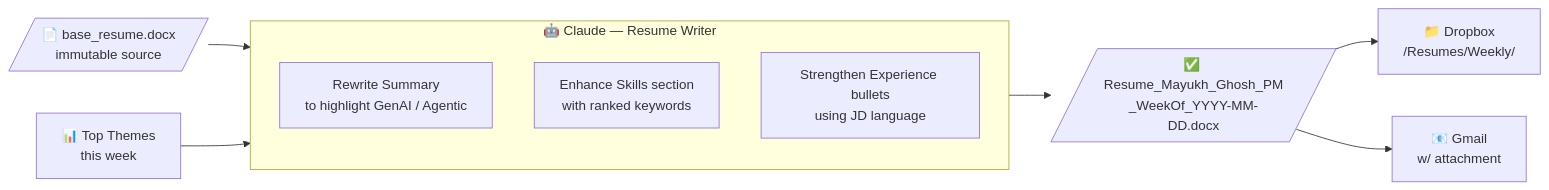
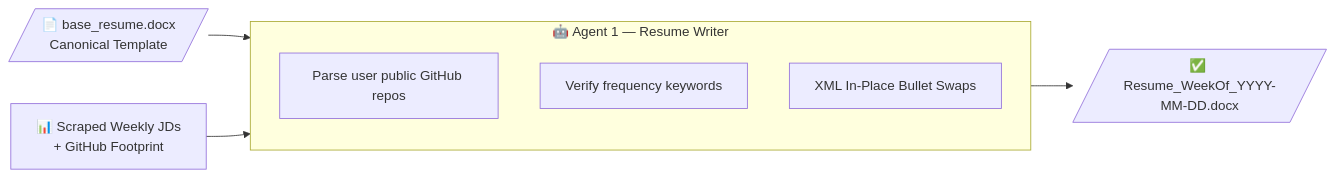
Before and after one commit to mayukhg/mg-ai-job-scanner: the second of 4 diagrams in ARCHITECTURE.md, drawn with Mermaid. The commit also changed other lines of this file and 16 other files, not shown here.

````diff
--- a/ARCHITECTURE.md
+++ b/ARCHITECTURE.md
@@ -112,20 +50,16 @@
 ```mermaid
 flowchart LR
-    BASE[/📄 base_resume.docx\nimmutable source/]
-    THEMES["📊 Top Themes\nthis week"]
+    BASE[/📄 base_resume.docx\nCanonical Template/]
+    THEMES["📊 Scraped Weekly JDs\n+ GitHub Footprint"]
+    
+    BASE --> WRITER
+    THEMES --> WRITER
 
-    BASE --> CLAUDE
-    THEMES --> CLAUDE
-
-    subgraph CLAUDE["🤖 Claude — Resume Writer"]
-        direction TB
-        P1["Rewrite Summary\nto highlight GenAI / Agentic"]
-        P2["Enhance Skills section\nwith ranked keywords"]
-        P3["Strengthen Experience bullets\nusing JD language"]
+    subgraph WRITER["🤖 Agent 1 — Resume Writer"]
+        P1["Parse user public GitHub repos"]
+        P2["Verify frequency keywords"]
+        P3["XML In-Place Bullet Swaps"]
     end
 
-    CLAUDE --> NEW[/"✅ Resume_Mayukh_Ghosh_PM\n_WeekOf_YYYY-MM-DD.docx"/]
-
-    NEW --> DB["📁 Dropbox\n/Resumes/Weekly/"]
-    NEW --> EMAIL["📧 Gmail\nw/ attachment"]
+    WRITER --> NEW[/"✅ Resume_WeekOf_YYYY-MM-DD.docx"/]
 ```
````
